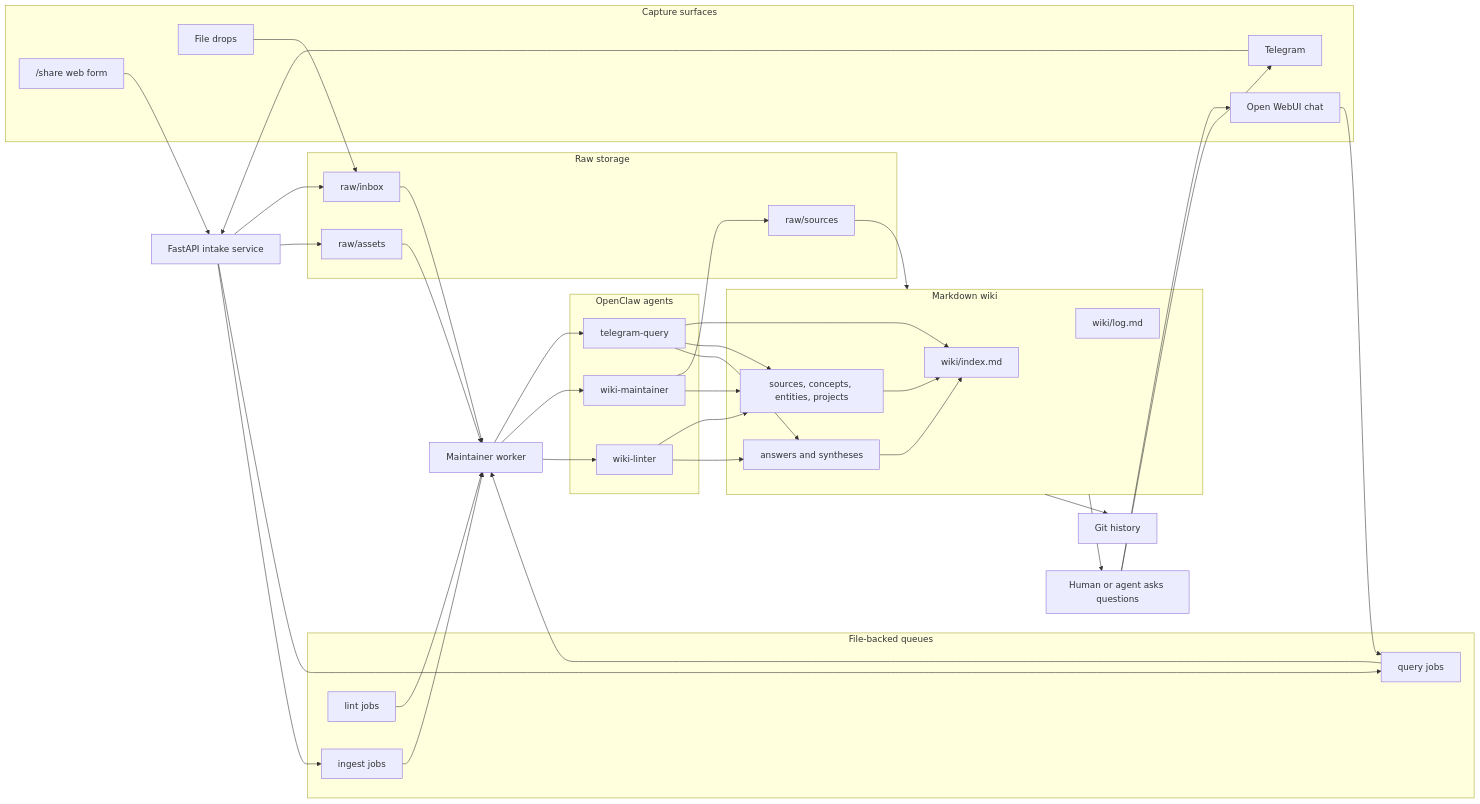
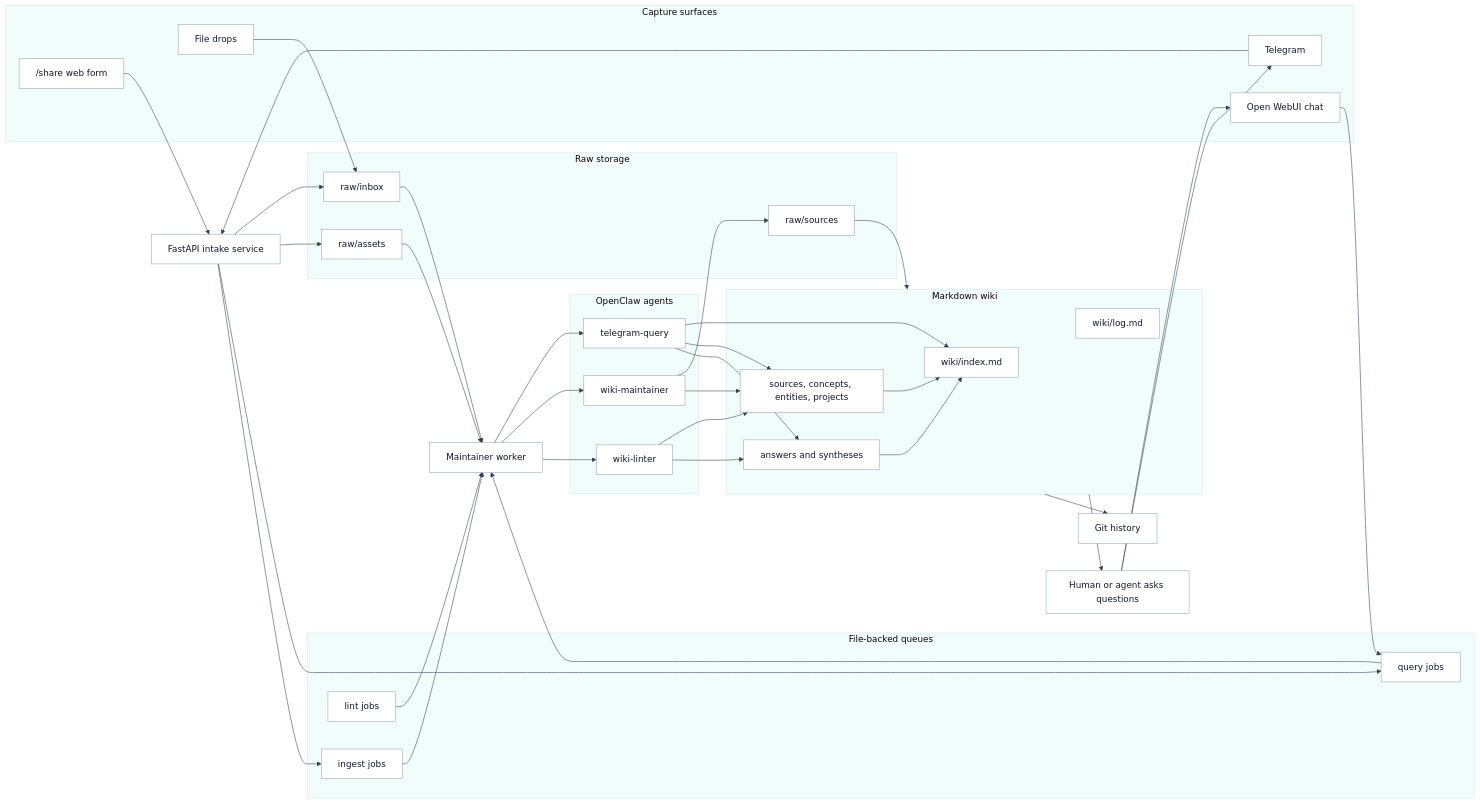
The diagram in README.md (galvinlam/llm-wiki), drawn with Mermaid before and after one commit.

Commit message:
Use light Mermaid theme in README

````diff
--- a/README.md
+++ b/README.md
@@ -14,78 +14,79 @@
 ```mermaid
+%%{init: {"theme": "base", "themeVariables": {"background": "#ffffff", "mainBkg": "#ffffff", "primaryColor": "#f8fafc", "primaryTextColor": "#0f172a", "primaryBorderColor": "#94a3b8", "lineColor": "#334155", "secondaryColor": "#eef2ff", "tertiaryColor": "#f0fdfa"}}}%%
 flowchart LR
   subgraph Capture["Capture surfaces"]
     WebForm["/share web form"]
     Telegram["Telegram"]
     Files["File drops"]
     Browser["Open WebUI chat"]
   end
 
   Intake["FastAPI intake service"]
 
   subgraph Raw["Raw storage"]
     Inbox["raw/inbox"]
     Assets["raw/assets"]
     Sources["raw/sources"]
   end
 
   subgraph Queue["File-backed queues"]
     QueryJobs["query jobs"]
     IngestJobs["ingest jobs"]
     LintJobs["lint jobs"]
   end
 
   Worker["Maintainer worker"]
 
   subgraph Agents["OpenClaw agents"]
     QueryAgent["telegram-query"]
     MaintainerAgent["wiki-maintainer"]
     LinterAgent["wiki-linter"]
   end
 
   subgraph Wiki["Markdown wiki"]
     Index["wiki/index.md"]
     Pages["sources, concepts, entities, projects"]
     Outputs["answers and syntheses"]
     Log["wiki/log.md"]
   end
 
   Git["Git history"]
   User["Human or agent asks questions"]
 
   WebForm --> Intake
   Telegram --> Intake
   Files --> Inbox
   Browser --> QueryJobs
   Intake --> Inbox
   Intake --> Assets
   Intake --> QueryJobs
   Intake --> IngestJobs
 
   Inbox --> Worker
   Assets --> Worker
   QueryJobs --> Worker
   IngestJobs --> Worker
   LintJobs --> Worker
 
   Worker --> QueryAgent
   Worker --> MaintainerAgent
   Worker --> LinterAgent
 
   MaintainerAgent --> Sources
   MaintainerAgent --> Pages
   LinterAgent --> Pages
   LinterAgent --> Outputs
   QueryAgent --> Index
   QueryAgent --> Pages
   QueryAgent --> Outputs
 
   Sources --> Wiki
   Pages --> Index
   Outputs --> Index
   Wiki --> Log
   Wiki --> Git
 
   User --> Browser
   User --> Telegram
   Wiki --> User
 ```
````
